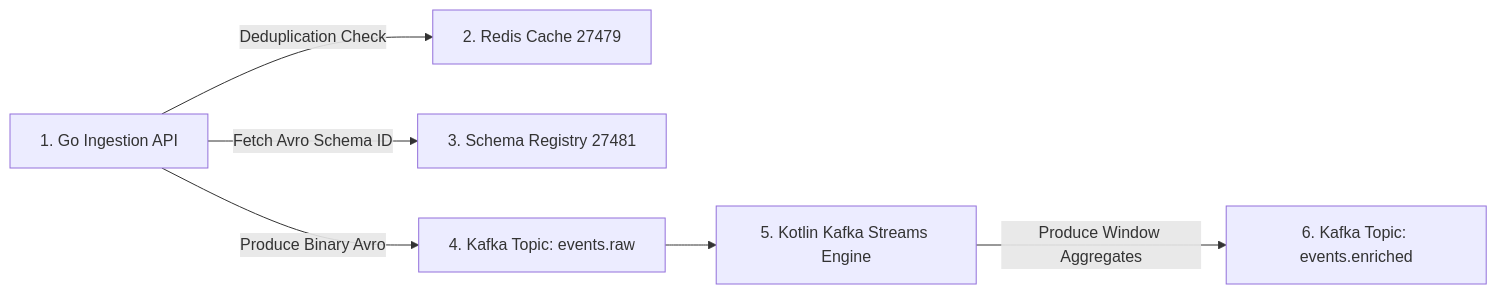
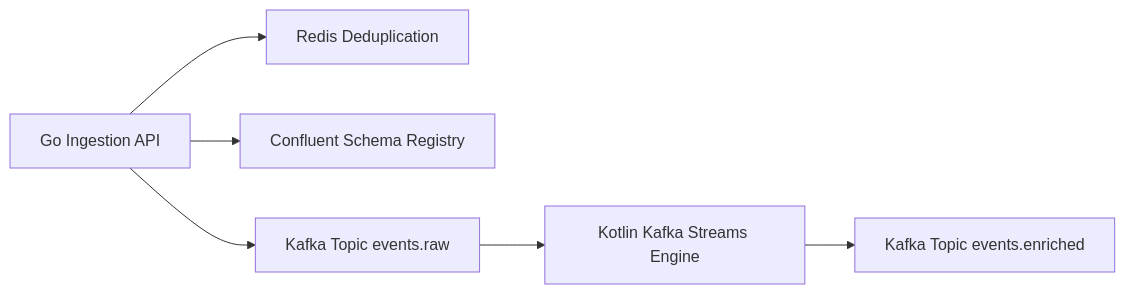
One commit to Chief-Strategist-J/messaging-pipeline changed the second of 4 diagrams in README.md. Above: the diagram before and after it, drawn with Mermaid. The commit also changed other lines of this file, not shown here.

Commit message:
docs: overhaul README with in-depth technical details, ASCII visual architecture diagrams, and universal graph LR blocks

````diff
--- a/README.md
+++ b/README.md
@@ -51,15 +113,8 @@
 ```mermaid
-flowchart LR
-    API["1. Go Ingestion API"]
-    Redis["2. Redis Cache 27479"]
-    SchemaReg["3. Schema Registry 27481"]
-    TopicRaw["4. Kafka Topic: events.raw"]
-    KStreams["5. Kotlin Kafka Streams Engine"]
-    TopicEnriched["6. Kafka Topic: events.enriched"]
-
-    API -->|Deduplication Check| Redis
-    API -->|Fetch Avro Schema ID| SchemaReg
-    API -->|Produce Binary Avro| TopicRaw
-    TopicRaw --> KStreams
-    KStreams -->|Produce Window Aggregates| TopicEnriched
+graph LR
+    API[Go Ingestion API] --> Redis[Redis Deduplication]
+    API --> SchemaReg[Confluent Schema Registry]
+    API --> TopicRaw[Kafka Topic events.raw]
+    TopicRaw --> KStreams[Kotlin Kafka Streams Engine]
+    KStreams --> TopicEnriched[Kafka Topic events.enriched]
 ```
````
